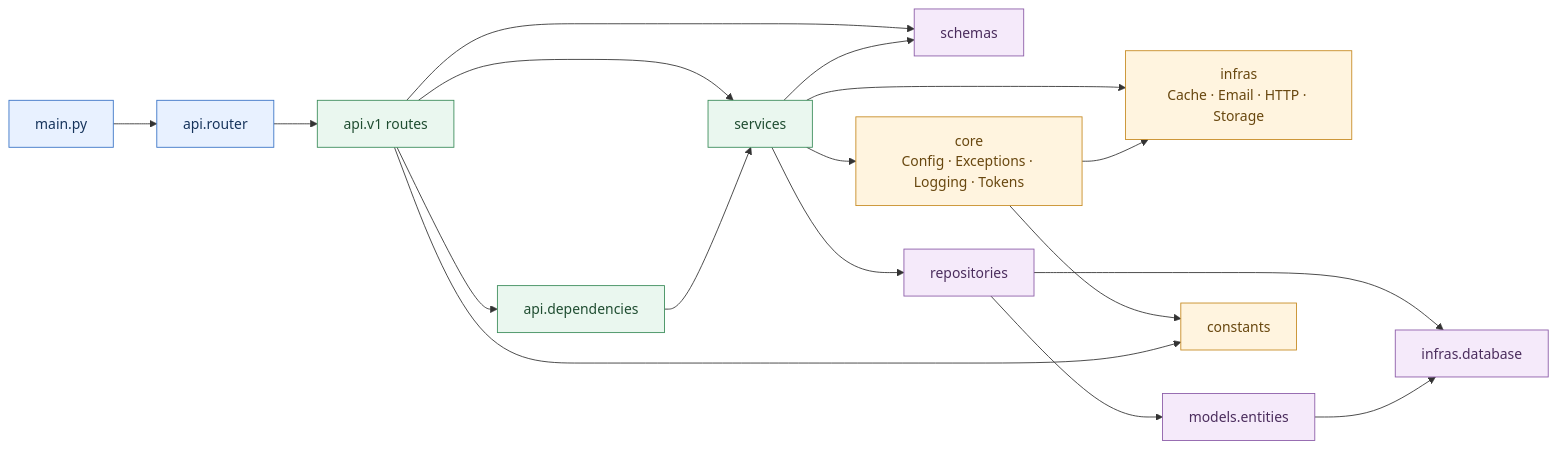
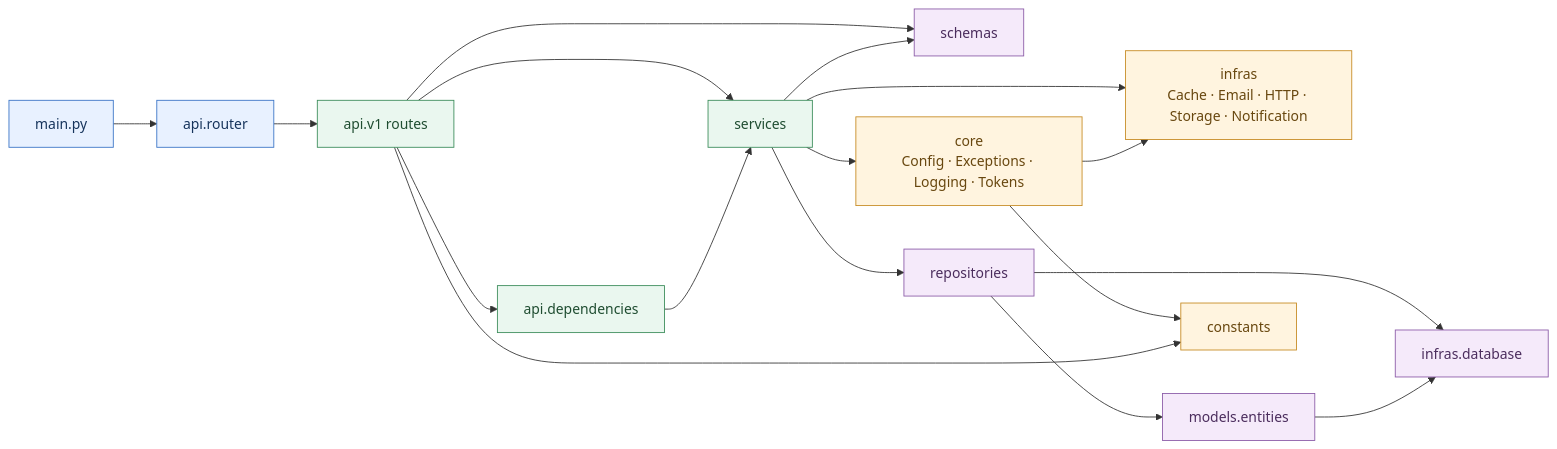
One commit to cross-lang/x-HanJiang changed the third of 3 diagrams in README.en.md. Above: the diagram before and after it, drawn with Mermaid. The commit also changed other lines of this file and 6 other files, not shown here.

````diff
--- a/README.en.md
+++ b/README.en.md
@@ -298,31 +306,31 @@
 ```mermaid
 flowchart LR
   Main[main.py] --> Router[api.router]
   Router --> API[api.v1 routes]
   API --> Dependencies[api.dependencies]
   API --> Schemas[schemas]
   API --> Services[services]
 
   Dependencies --> Services
   Services --> Repositories[repositories]
   Services --> Schemas
   Services --> Core[core<br/>Config · Exceptions · Logging · Tokens]
-  Services --> Infra[infras<br/>Cache · Email · HTTP · Storage]
+  Services --> Infra[infras<br/>Cache · Email · HTTP · Storage · Notification]
 
   Repositories --> Entities[models.entities]
   Repositories --> Database[infras.database]
   Entities --> Database
   Core --> Infra
   Core --> Constants[constants]
   API --> Constants
 
   classDef entry fill:#e8f1ff,stroke:#3973c6,color:#16345c;
   classDef app fill:#eaf7ef,stroke:#3b8c5a,color:#1f4d31;
   classDef support fill:#fff4df,stroke:#c68a22,color:#68470f;
   classDef data fill:#f5eafa,stroke:#8b5ba7,color:#4b2d5d;
 
   class Main,Router entry;
   class API,Dependencies,Services app;
   class Core,Infra,Constants support;
   class Repositories,Entities,Database,Schemas data;
 ```
````
